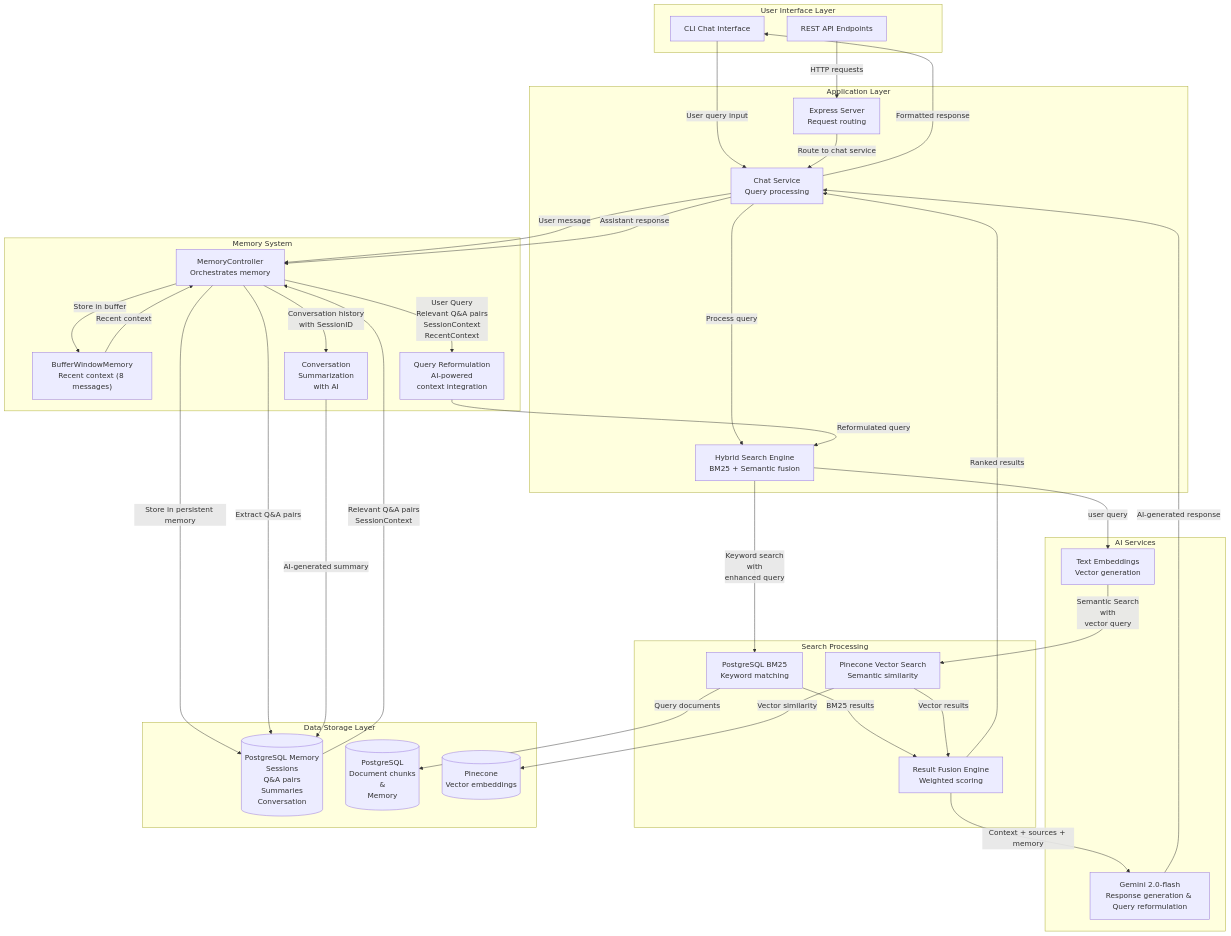
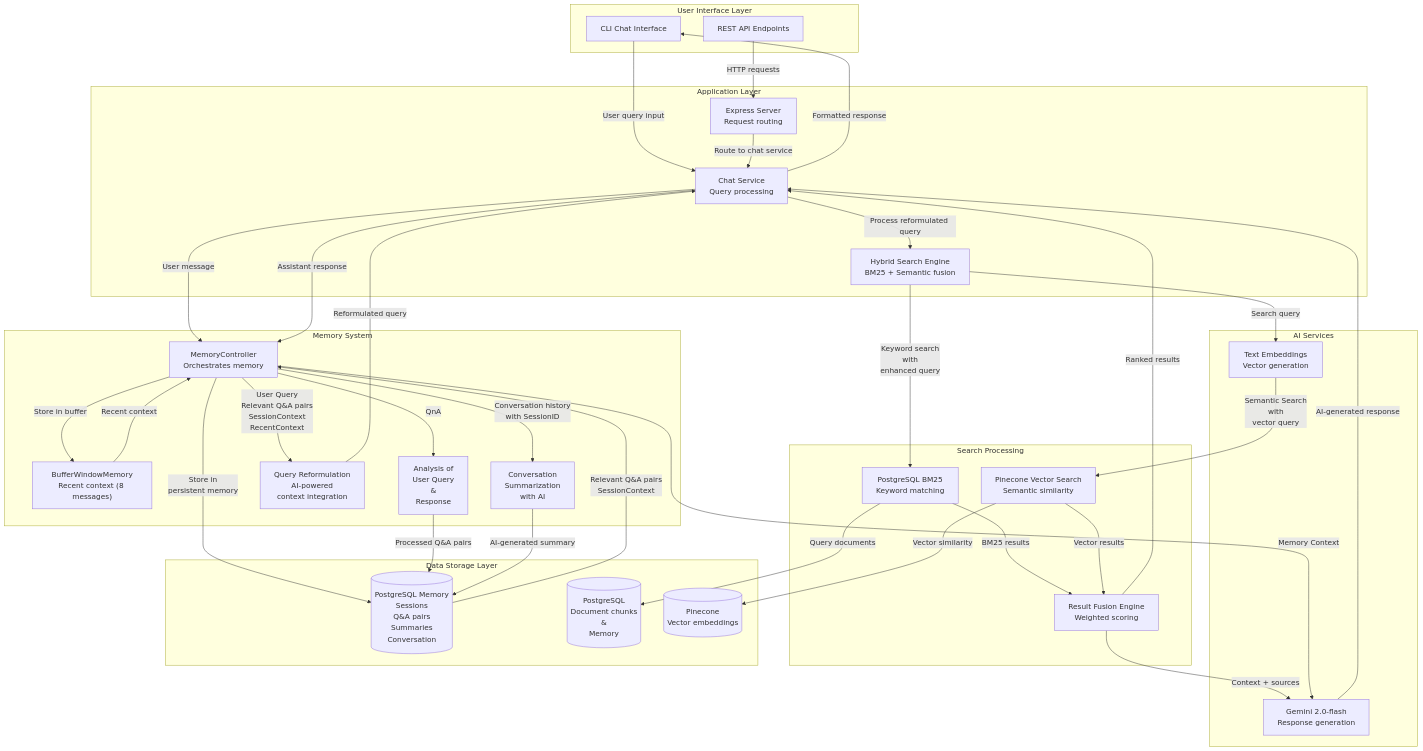
One commit to TEJ-Fellowship/pbl changed the first of 3 diagrams in PBL4/StripeCustomerSupportAgent/Backend/README.md. Above: the diagram before and after it, drawn with Mermaid. The commit also changed 4 other files, not shown here.

````diff
--- a/PBL4/StripeCustomerSupportAgent/Backend/README.md
+++ b/PBL4/StripeCustomerSupportAgent/Backend/README.md
@@ -26,79 +26,82 @@
 ```mermaid
 graph TB
     subgraph "User Interface Layer"
         CLI["CLI Chat Interface"]
         API["REST API Endpoints"]
     end
 
     subgraph "Application Layer"
         CHAT["Chat Service<br/>Query processing"]
         SEARCH["Hybrid Search Engine<br/>BM25 + Semantic fusion"]
         SERVER["Express Server<br/>Request routing"]
     end
 
     subgraph "Memory System"
         BUFFER["BufferWindowMemory<br/>Recent context (8 messages)"]
         MEMORY_CTRL["MemoryController<br/>Orchestrates memory"]
         AI_SUMMARY["Conversation <br/>Summarization <br/>with AI"]
         QUERY_REFORM["Query Reformulation<br/>AI-powered <br/>context integration"]
+        QnA_ANALYSIS["Analysis of <br/>User Query <br/>&<br/>Response"]
     end
 
     subgraph "Search Processing"
         BM25["PostgreSQL BM25<br/>Keyword matching"]
         VECTOR["Pinecone Vector Search<br/>Semantic similarity"]
         FUSION["Result Fusion Engine<br/>Weighted scoring"]
     end
 
     subgraph "AI Services"
-        GEMINI["Gemini 2.0-flash<br/>Response generation & Query reformulation"]
+        GEMINI["Gemini 2.0-flash<br/>Response generation"]
         EMBEDDINGS["Text Embeddings<br/>Vector generation"]
     end
 
     subgraph "Data Storage Layer"
         MEMORY_DB[("PostgreSQL Memory<br/>Sessions <br/>Q&A pairs <br/>Summaries <br/>Conversation")]
         POSTGRES[("PostgreSQL<br/>Document chunks<br/> & <br/>Memory")]
         PINECONE[("Pinecone<br/>Vector embeddings")]
     end
 
     %% User interaction flow
     CLI -->|"User query input"| CHAT
     API -->|"HTTP requests"| SERVER
     SERVER -->|"Route to chat service"| CHAT
     CHAT -->|"Formatted response"| CLI
 
     %% Memory processing flow
     CHAT -->|"User message"| MEMORY_CTRL
     MEMORY_CTRL -->|"Store in buffer"| BUFFER
-    MEMORY_CTRL -->|"Store in persistent memory"| MEMORY_DB
+    MEMORY_CTRL -->|"Store in <br/>persistent memory"| MEMORY_DB
+    MEMORY_CTRL -->|"QnA"|QnA_ANALYSIS
     BUFFER -->|"Recent context"| MEMORY_CTRL
     MEMORY_DB -->|"Relevant Q&A pairs<br/>SessionContext"| MEMORY_CTRL
     MEMORY_CTRL -->|"User Query<br/>Relevant Q&A pairs<br/>SessionContext<br/>RecentContext"| QUERY_REFORM
 
 
     %% Search orchestration with memory
-    CHAT -->|"Process query"| SEARCH
-    QUERY_REFORM -->|"Reformulated query"| SEARCH
+    CHAT -->|"Process reformulated query"| SEARCH
+    QUERY_REFORM -->|"Reformulated query"| CHAT
     SEARCH -->|"Keyword search</br>with</br>enhanced query"| BM25
     BM25 -->|"Query documents"| POSTGRES
     VECTOR -->|"Vector similarity"| PINECONE
 
     %% Result processing
     BM25 -->|"BM25 results"| FUSION
     VECTOR -->|"Vector results"| FUSION
     FUSION -->|"Ranked results"| CHAT
-    FUSION -->|"Context + sources + memory"| GEMINI
+    FUSION -->|"Context + sources"| GEMINI
 
     %% AI response generation with memory
     GEMINI -->|"AI-generated response"| CHAT
     CHAT -->|"Assistant response"| MEMORY_CTRL
-    MEMORY_CTRL -->|"Extract Q&A pairs"| MEMORY_DB
+    QnA_ANALYSIS -->|"Processed Q&A pairs"| MEMORY_DB
+    MEMORY_CTRL -->|"Memory Context"| GEMINI
 
     %% Conversation Summarization with AI
     MEMORY_CTRL -->|"Conversation history<br/>with SessionID"| AI_SUMMARY
     AI_SUMMARY -->|"AI-generated summary"| MEMORY_DB
 
 
     %% Search and embeddings flow
-    SEARCH -->|"user query"| EMBEDDINGS
+    SEARCH -->|"Search query"| EMBEDDINGS
     EMBEDDINGS -->|"Semantic Search</br>with</br>vector query"| VECTOR
 ```
````
